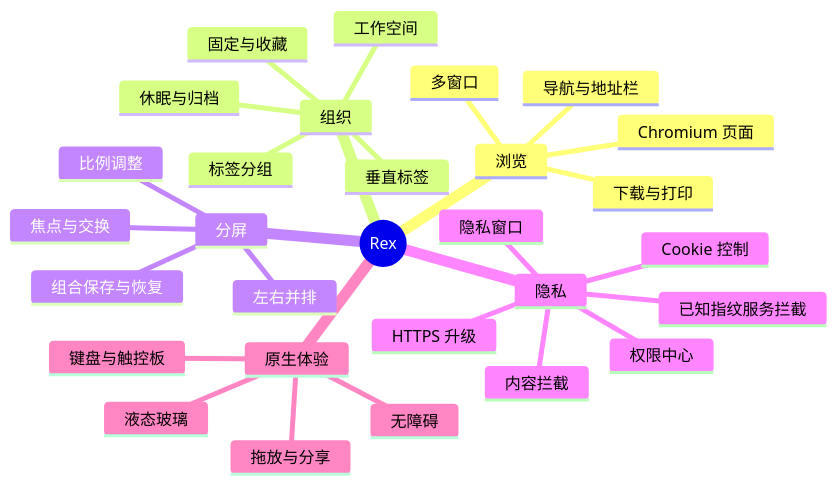
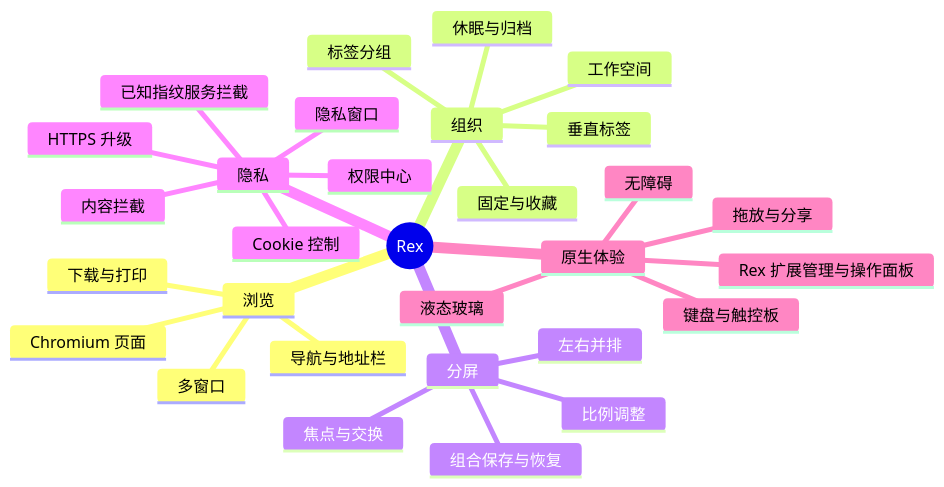
Before and after one commit to Reukix/Rex: the diagram in Documentation/ProductRequirements.md, drawn with Mermaid. The commit also changed other lines of this file and 55 other files, not shown here.

````diff
--- a/Documentation/ProductRequirements.md
+++ b/Documentation/ProductRequirements.md
@@ -32,32 +33,33 @@
 ```mermaid
 mindmap
   root((Rex))
     浏览
       Chromium 页面
       导航与地址栏
       多窗口
       下载与打印
     组织
       垂直标签
       固定与收藏
       标签分组
       工作空间
       休眠与归档
     分屏
       左右并排
       比例调整
       焦点与交换
       组合保存与恢复
     隐私
       内容拦截
       Cookie 控制
       HTTPS 升级
       已知指纹服务拦截
       权限中心
       隐私窗口
     原生体验
       液态玻璃
+      Rex 扩展管理与操作面板
       键盘与触控板
       拖放与分享
       无障碍
 ```
````
